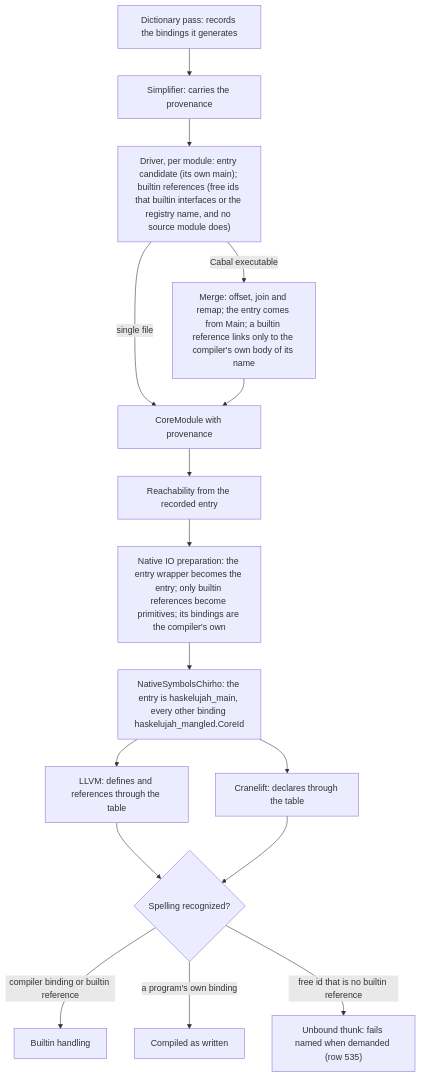
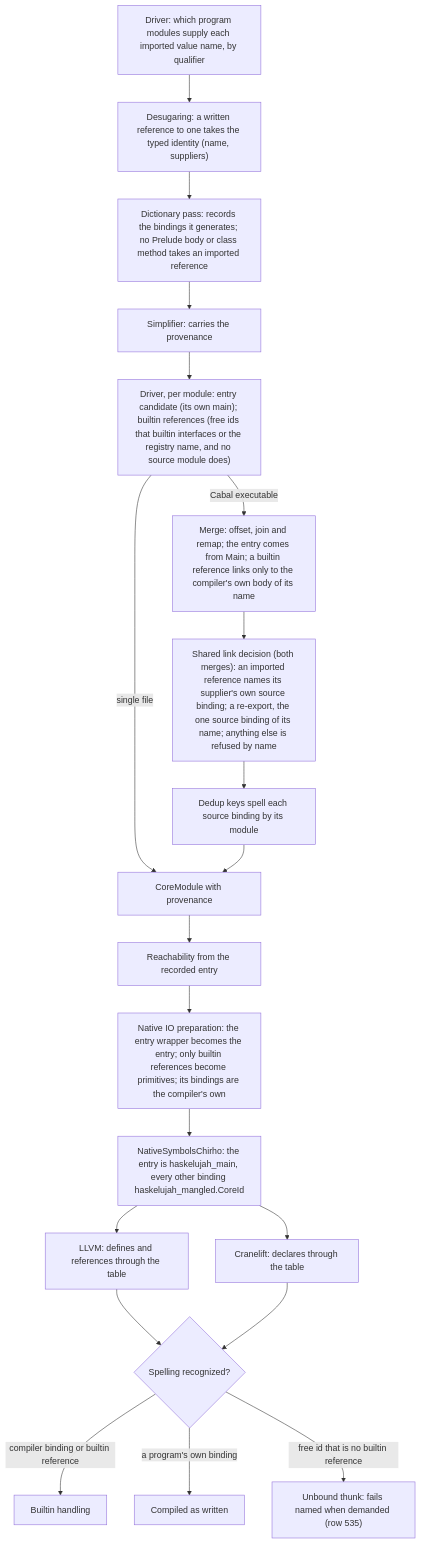
Before and after one commit to loveJesus/haskelujah-chirho: the diagram in spec-chirho/workflows-chirho/compiler-pipeline-chirho/native-symbol-identity-chirho.md, drawn with Mermaid. The commit also changed other lines of this file and 18 other files, not shown here.

````diff
--- a/spec-chirho/workflows-chirho/compiler-pipeline-chirho/native-symbol-identity-chirho.md
+++ b/spec-chirho/workflows-chirho/compiler-pipeline-chirho/native-symbol-identity-chirho.md
@@ -6,18 +8,22 @@
 ```mermaid
 flowchart TD
-    dict_chirho["Dictionary pass: records the bindings it generates"] --> simplify_chirho["Simplifier: carries the provenance"]
+    suppliers_chirho["Driver: which program modules supply each imported value name, by qualifier"] --> desugar_chirho["Desugaring: a written reference to one takes the typed identity (name, suppliers)"]
+    desugar_chirho --> dict_chirho
+    dict_chirho["Dictionary pass: records the bindings it generates; no Prelude body or class method takes an imported reference"] --> simplify_chirho["Simplifier: carries the provenance"]
     simplify_chirho --> driver_chirho["Driver, per module: entry candidate (its own main); builtin references (free ids that builtin interfaces or the registry name, and no source module does)"]
     driver_chirho -->|single file| core_chirho[CoreModule with provenance]
     driver_chirho -->|Cabal executable| merge_chirho["Merge: offset, join and remap; the entry comes from Main; a builtin reference links only to the compiler's own body of its name"]
-    merge_chirho --> core_chirho
+    merge_chirho --> links_chirho["Shared link decision (both merges): an imported reference names its supplier's own source binding; a re-export, the one source binding of its name; anything else is refused by name"]
+    links_chirho --> dedup_chirho["Dedup keys spell each source binding by its module"]
+    dedup_chirho --> core_chirho
     core_chirho --> reach_chirho["Reachability from the recorded entry"]
     reach_chirho --> io_chirho["Native IO preparation: the entry wrapper becomes the entry; only builtin references become primitives; its bindings are the compiler's own"]
     io_chirho --> table_chirho["NativeSymbolsChirho: the entry is haskelujah_main, every other binding haskelujah_mangled.CoreId"]
     table_chirho --> llvm_chirho[LLVM: defines and references through the table]
     table_chirho --> cranelift_chirho[Cranelift: declares through the table]
     llvm_chirho --> dispatch_chirho{"Spelling recognized?"}
     cranelift_chirho --> dispatch_chirho
     dispatch_chirho -->|compiler binding or builtin reference| builtin_chirho[Builtin handling]
     dispatch_chirho -->|a program's own binding| code_chirho[Compiled as written]
     dispatch_chirho -->|free id that is no builtin reference| unbound_chirho["Unbound thunk: fails named when demanded (row 535)"]
 ```
````
